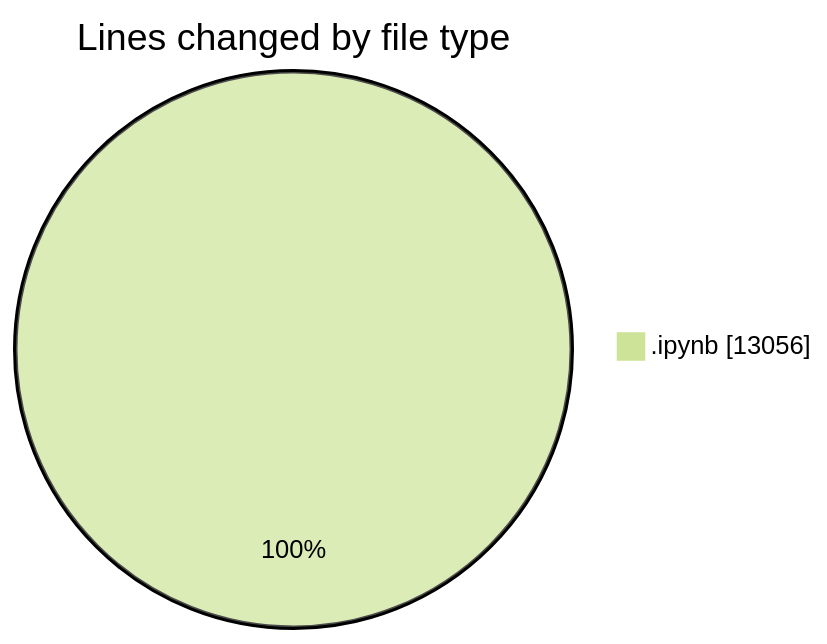
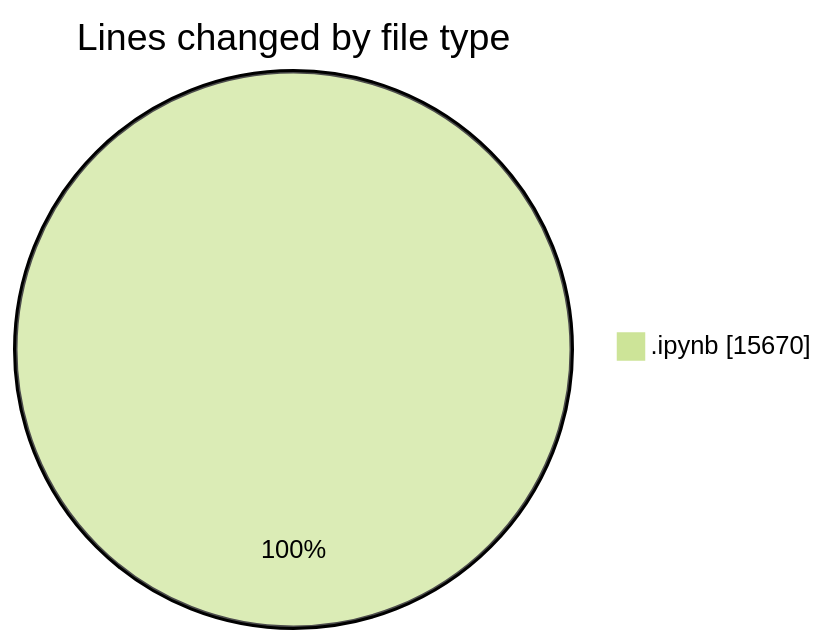
Before and after one commit to MatusMokan/code-tracking: the first of 2 diagrams in 2025-05-07/myws__workspace_/README.md, drawn with Mermaid (forest theme). The commit also changed other lines of this file and 1 other file, not shown here.

````diff
--- a/2025-05-07/myws__workspace_/README.md
+++ b/2025-05-07/myws__workspace_/README.md
@@ -20,5 +20,5 @@
 ```mermaid
 pie showData
 title Lines changed by file type
-".ipynb" : 13056
+".ipynb" : 15670
 ```
````
